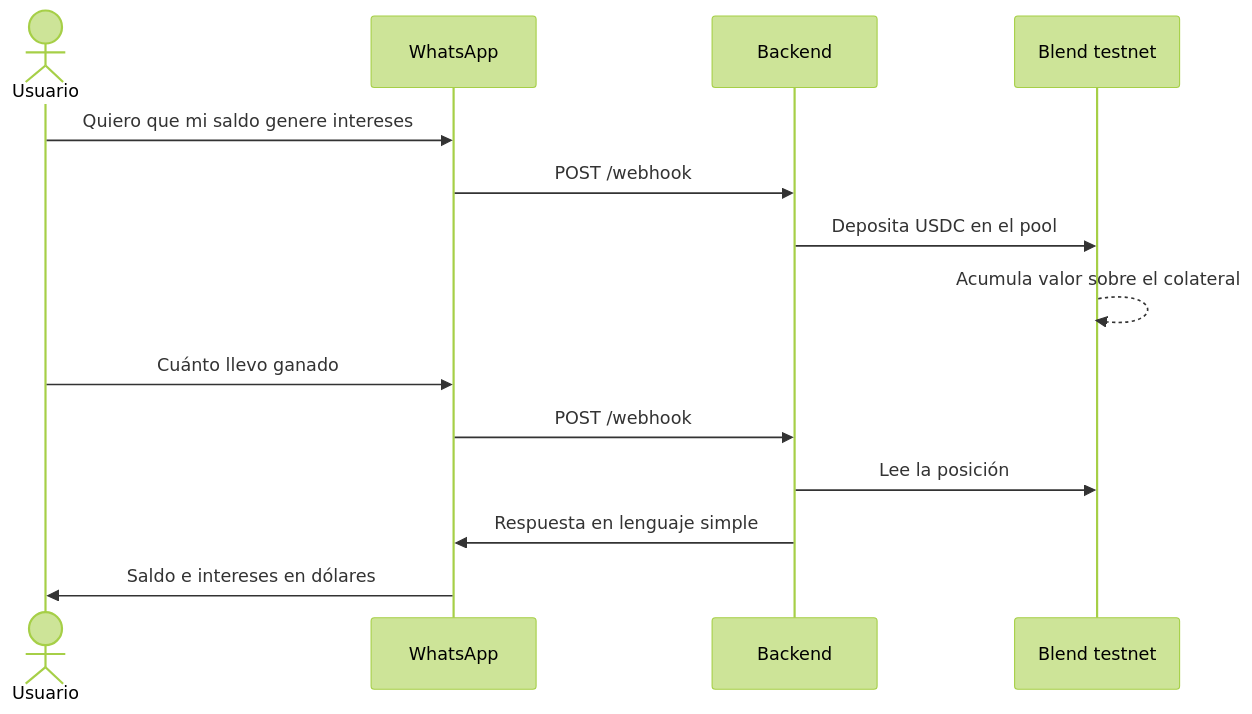
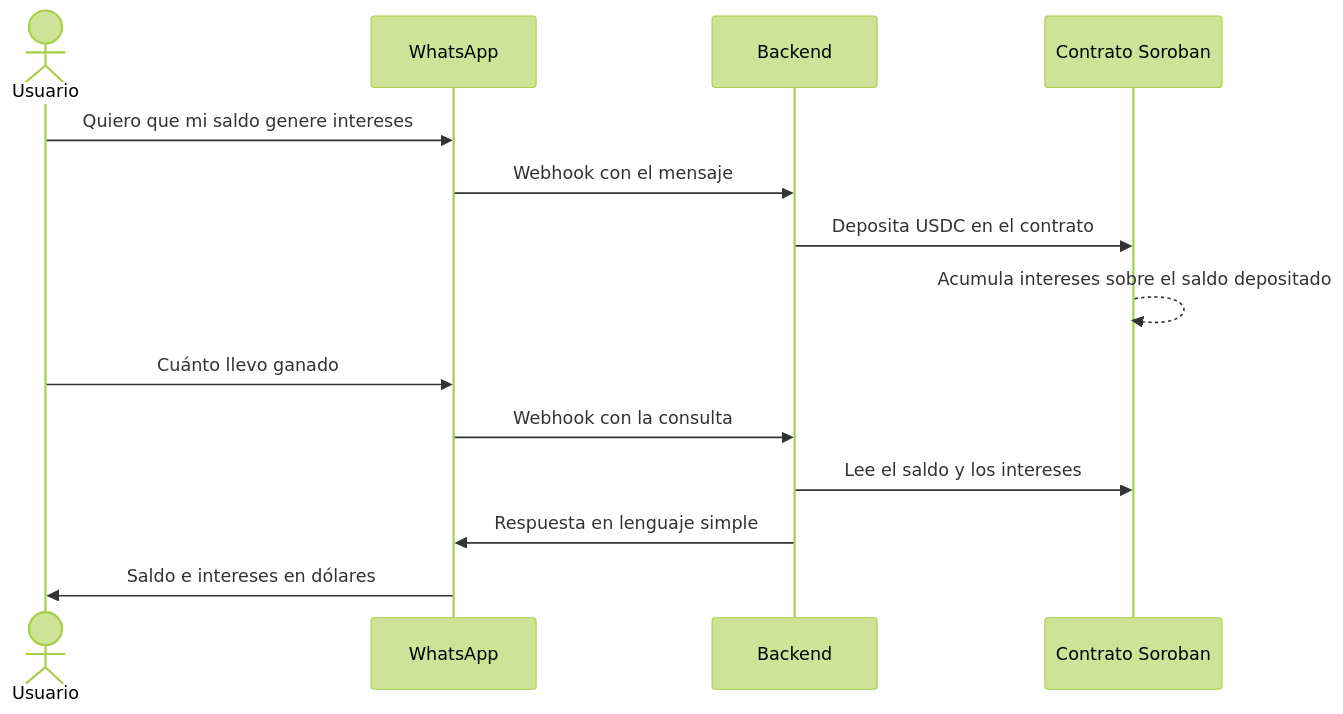
The fifth of 6 diagrams in README.md (SendaLabs/Senda.App), drawn with Mermaid (forest theme) before and after one commit. The commit also changed other lines of this file, not shown here.

````diff
--- a/README.md
+++ b/README.md
@@ -204,17 +209,17 @@
 ```mermaid
 sequenceDiagram
     actor U as Usuario
     participant W as WhatsApp
     participant B as Backend
-    participant C as Blend testnet
+    participant C as Contrato Soroban
 
     U->>W: Quiero que mi saldo genere intereses
-    W->>B: POST /webhook
-    B->>C: Deposita USDC en el pool
-    C-->>C: Acumula valor sobre el colateral
+    W->>B: Webhook con el mensaje
+    B->>C: Deposita USDC en el contrato
+    C-->>C: Acumula intereses sobre el saldo depositado
     U->>W: Cuánto llevo ganado
-    W->>B: POST /webhook
-    B->>C: Lee la posición
+    W->>B: Webhook con la consulta
+    B->>C: Lee el saldo y los intereses
     B->>W: Respuesta en lenguaje simple
     W->>U: Saldo e intereses en dólares
 ```
````
